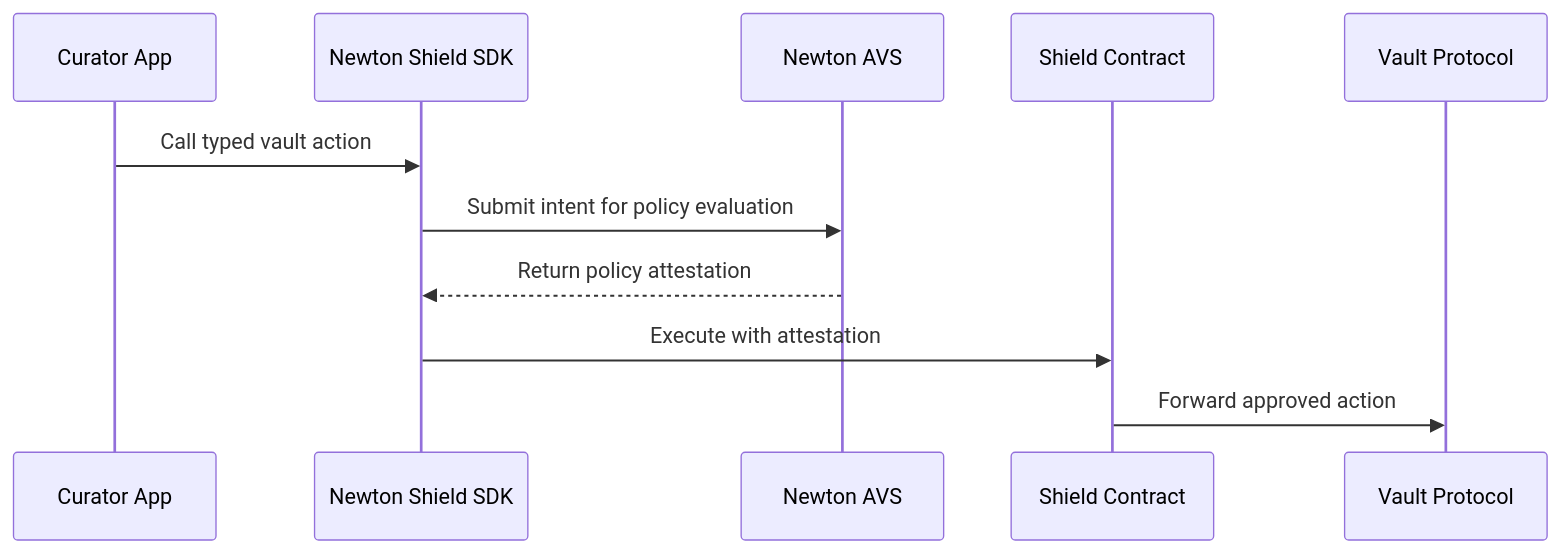
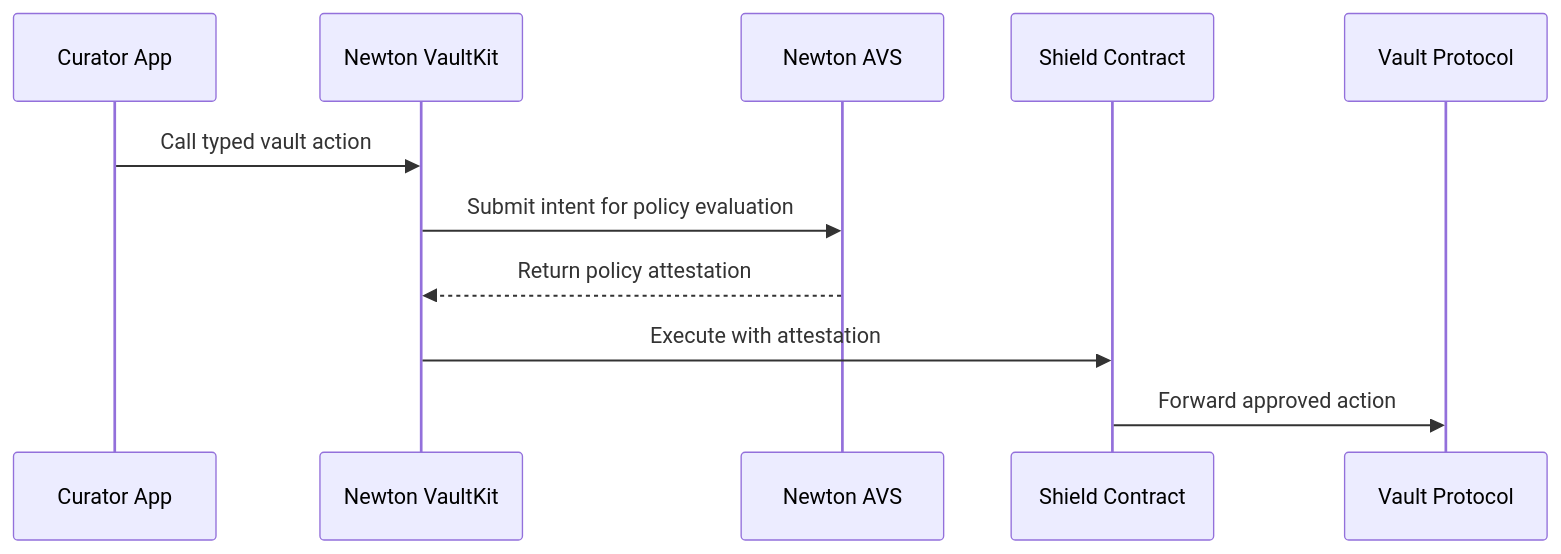
The diagram in site/developers/vaults/sdk/overview.mdx (newt-foundation/newton-sdk), drawn with Mermaid before and after one commit. The commit also changed other lines of this file and 3 other files, not shown here.

Commit message:
Rename Newton Shield SDK docs to VaultKit

````diff
--- a/site/developers/vaults/sdk/overview.mdx
+++ b/site/developers/vaults/sdk/overview.mdx
@@ -24,14 +24,14 @@
 ```mermaid
 sequenceDiagram
     participant App as Curator App
-    participant SDK as Newton Shield SDK
+    participant SDK as Newton VaultKit
     participant AVS as Newton AVS
     participant Shield as Shield Contract
     participant Vendor as Vault Protocol
 
     App->>SDK: Call typed vault action
     SDK->>AVS: Submit intent for policy evaluation
     AVS-->>SDK: Return policy attestation
     SDK->>Shield: Execute with attestation
     Shield->>Vendor: Forward approved action
 ```
````
